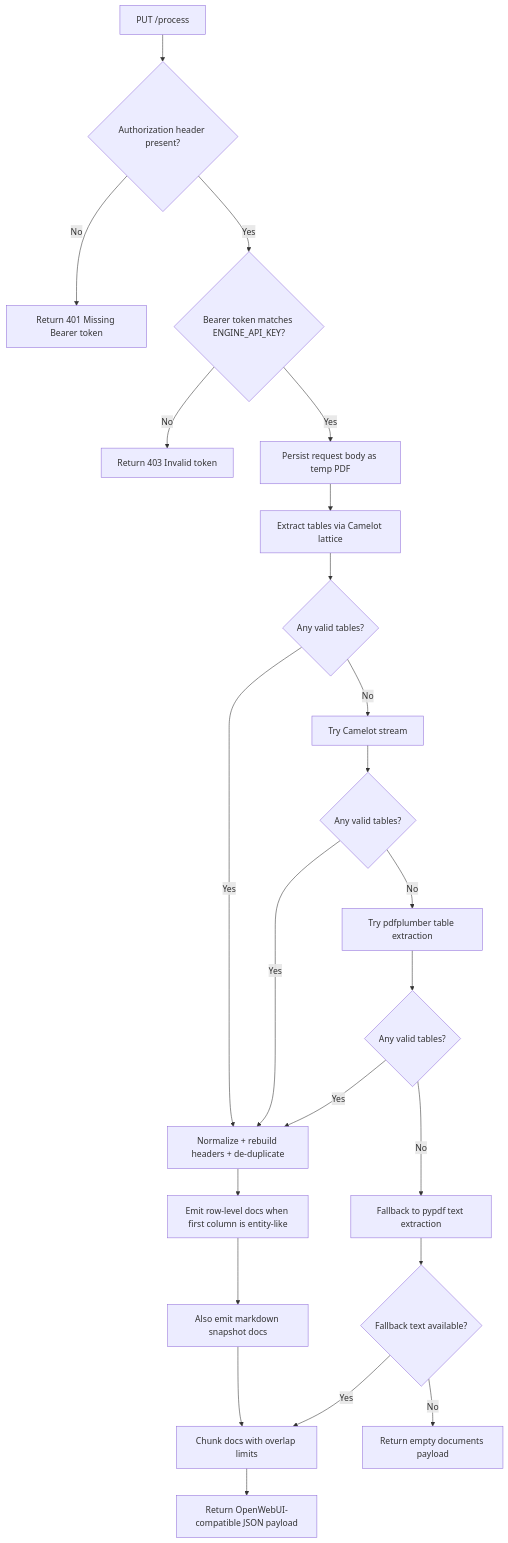
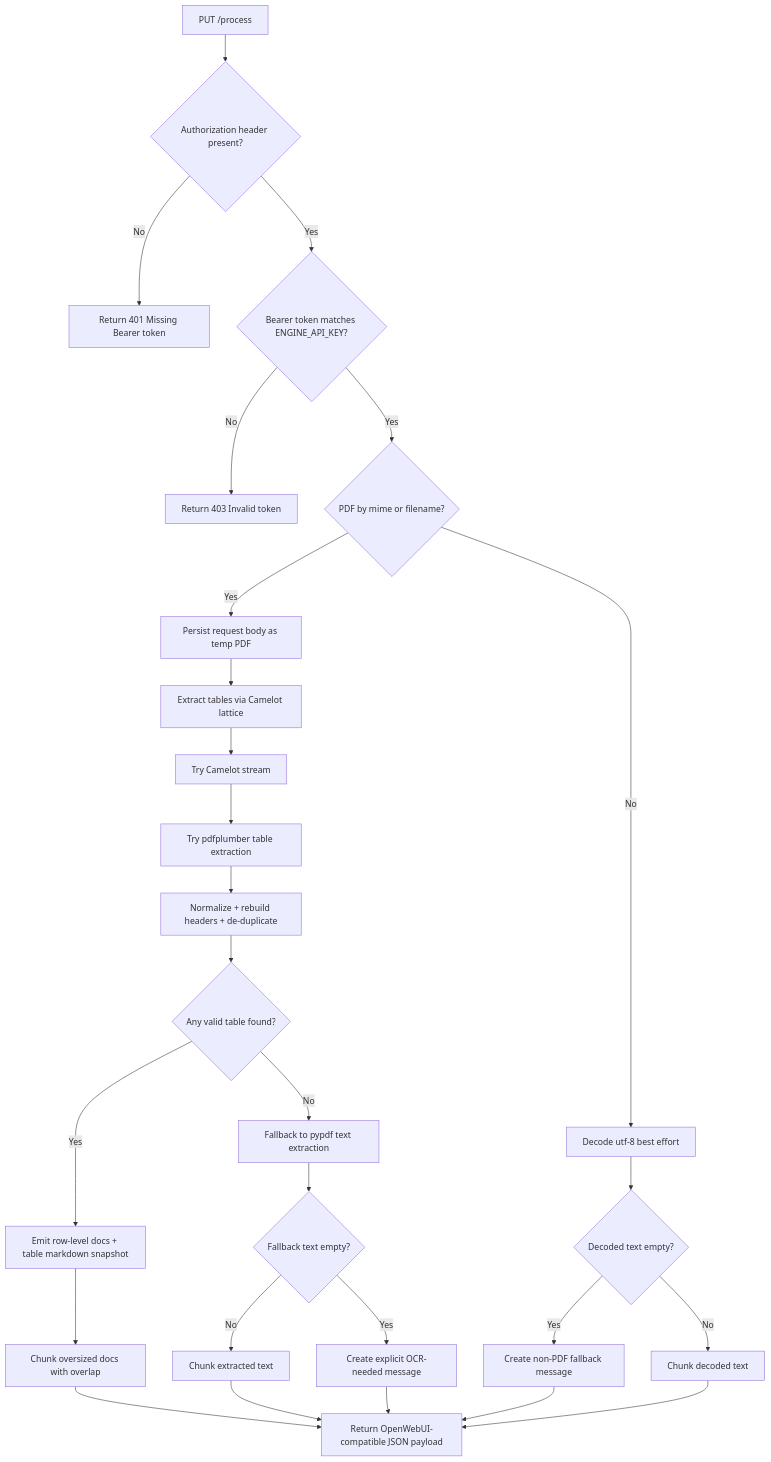
The first of 3 diagrams in STATE.md (ynotopec/api-convert2md), drawn with Mermaid before and after one commit. The commit also changed other lines of this file and 2 other files, not shown here.

Commit message:
Align repo scripts and docs with app.py behavior

````diff
--- a/STATE.md
+++ b/STATE.md
@@ -7,30 +7,33 @@
 ```mermaid
 flowchart TD
     A[PUT /process] --> B{Authorization header present?}
     B -- No --> B1[Return 401 Missing Bearer token]
     B -- Yes --> C{Bearer token matches ENGINE_API_KEY?}
     C -- No --> C1[Return 403 Invalid token]
-    C -- Yes --> D[Persist request body as temp PDF]
+    C -- Yes --> D{PDF by mime or filename?}
 
-    D --> E[Extract tables via Camelot lattice]
-    E --> F{Any valid tables?}
-    F -- No --> G[Try Camelot stream]
-    F -- Yes --> H[Normalize + rebuild headers + de-duplicate]
+    D -- Yes --> E[Persist request body as temp PDF]
+    E --> F[Extract tables via Camelot lattice]
+    F --> G[Try Camelot stream]
+    G --> H[Try pdfplumber table extraction]
+    H --> I[Normalize + rebuild headers + de-duplicate]
 
-    G --> I{Any valid tables?}
-    I -- No --> J[Try pdfplumber table extraction]
-    I -- Yes --> H
+    I --> J{Any valid table found?}
+    J -- Yes --> K[Emit row-level docs + table markdown snapshot]
+    K --> L[Chunk oversized docs with overlap]
+    L --> M[Return OpenWebUI-compatible JSON payload]
 
-    J --> K{Any valid tables?}
-    K -- Yes --> H
-    K -- No --> L[Fallback to pypdf text extraction]
+    J -- No --> N[Fallback to pypdf text extraction]
+    N --> O{Fallback text empty?}
+    O -- No --> P[Chunk extracted text]
+    O -- Yes --> Q[Create explicit OCR-needed message]
+    P --> M
+    Q --> M
 
-    H --> M[Emit row-level docs when first column is entity-like]
-    M --> N[Also emit markdown snapshot docs]
-    N --> O[Chunk docs with overlap limits]
-    O --> P[Return OpenWebUI-compatible JSON payload]
-
-    L --> Q{Fallback text available?}
-    Q -- No --> Q1[Return empty documents payload]
-    Q -- Yes --> O
+    D -- No --> R[Decode utf-8 best effort]
+    R --> S{Decoded text empty?}
+    S -- Yes --> T[Create non-PDF fallback message]
+    S -- No --> U[Chunk decoded text]
+    T --> M
+    U --> M
 ```
````
